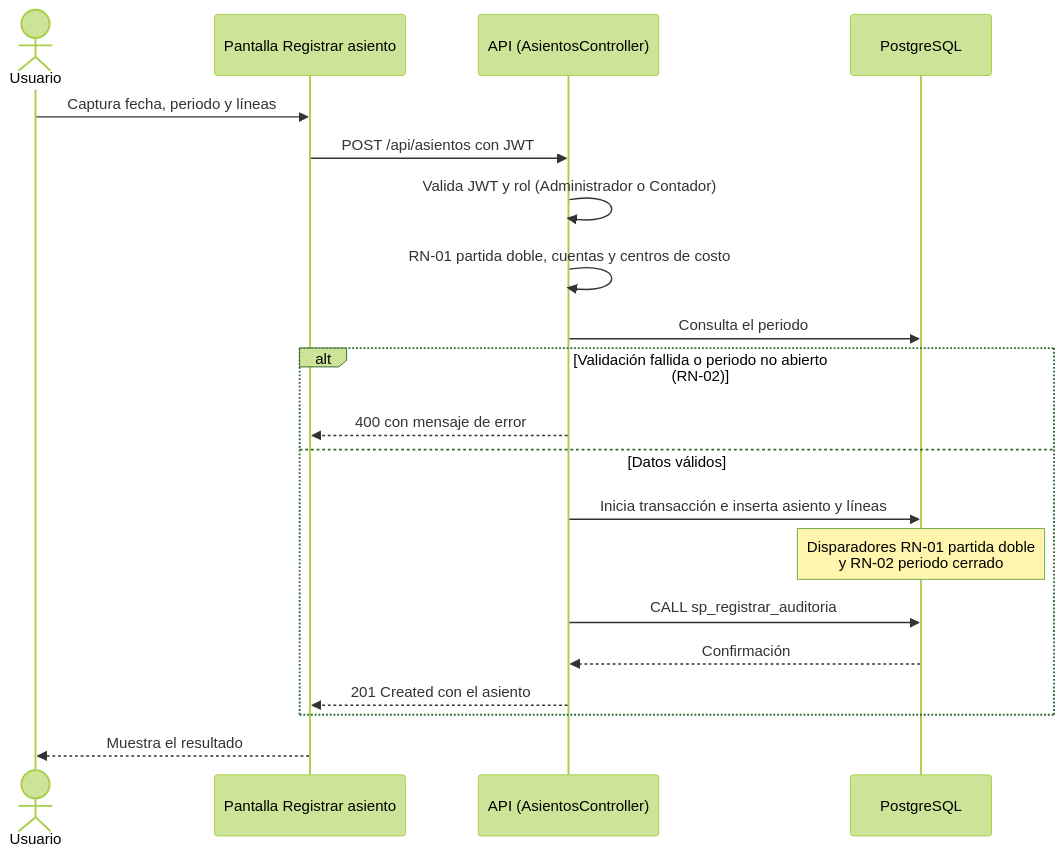
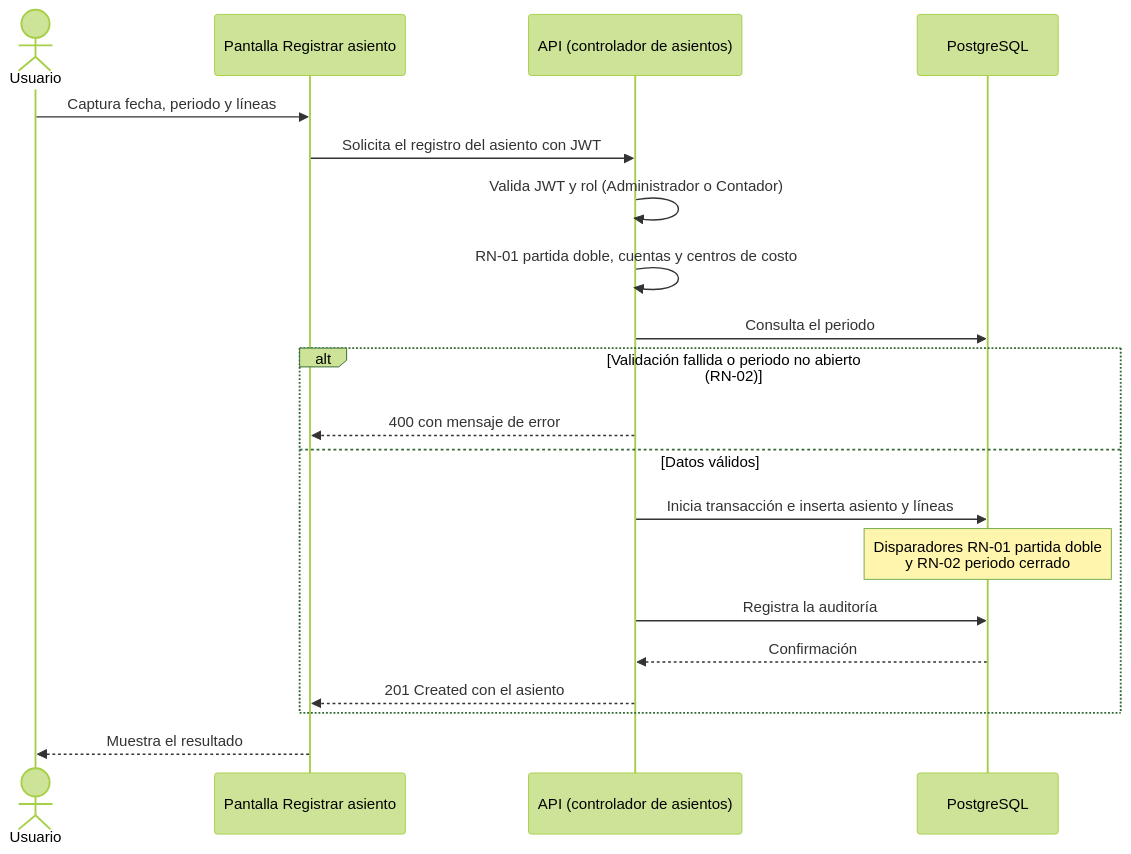
The third of 7 diagrams in docs/entregable-11-aplicacion-y-manual-de-usuario.md (DavidsitoPay/erp-contable-delta), drawn with Mermaid (forest theme) before and after one commit. The commit also changed other lines of this file, not shown here.

First line of the commit message:
docs: entregable 11 con la reversión de asientos y cifras al corte

````diff
--- a/docs/entregable-11-aplicacion-y-manual-de-usuario.md
+++ b/docs/entregable-11-aplicacion-y-manual-de-usuario.md
@@ -190,22 +190,22 @@
 ```mermaid
 sequenceDiagram
     actor U as Usuario
     participant UI as Pantalla Registrar asiento
-    participant API as API (AsientosController)
+    participant API as API (controlador de asientos)
     participant BD as PostgreSQL
     U->>UI: Captura fecha, periodo y líneas
-    UI->>API: POST /api/asientos con JWT
+    UI->>API: Solicita el registro del asiento con JWT
     API->>API: Valida JWT y rol (Administrador o Contador)
     API->>API: RN-01 partida doble, cuentas y centros de costo
     API->>BD: Consulta el periodo
     alt Validación fallida o periodo no abierto (RN-02)
         API-->>UI: 400 con mensaje de error
     else Datos válidos
         API->>BD: Inicia transacción e inserta asiento y líneas
         Note over BD: Disparadores RN-01 partida doble<br/>y RN-02 periodo cerrado
-        API->>BD: CALL sp_registrar_auditoria
+        API->>BD: Registra la auditoría
         BD-->>API: Confirmación
         API-->>UI: 201 Created con el asiento
     end
     UI-->>U: Muestra el resultado
 ```
````
